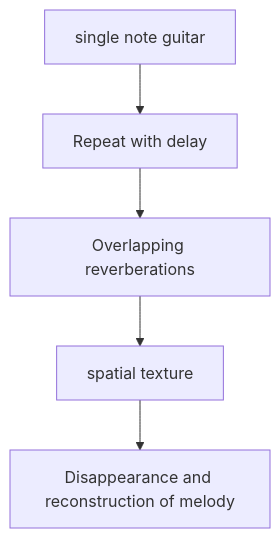
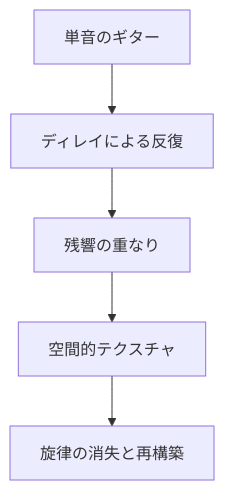
One commit to monumental-movement/monumental-movement.github.io changed the first of 4 diagrams in en/_posts/2026-05-07-column-the-durutti-column.md. Above: the diagram before and after it, drawn with Mermaid. The commit also changed other lines of this file and 2196 other files, not shown here.

```diff
--- a/en/_posts/2026-05-07-column-the-durutti-column.md
+++ b/en/_posts/2026-05-07-column-the-durutti-column.md
@@ -76,7 +75,7 @@
 <div class="mermaid">
 graph TD
-A[single note guitar] --> B[Repeat with delay]
-B --> C[Overlapping reverberations]
-C --> D[spatial texture]
-D --> E[Disappearance and reconstruction of melody]
+A[単音のギター] --> B[ディレイによる反復]
+B --> C[残響の重なり]
+C --> D[空間的テクスチャ]
+D --> E[旋律の消失と再構築]
 </div>
```
